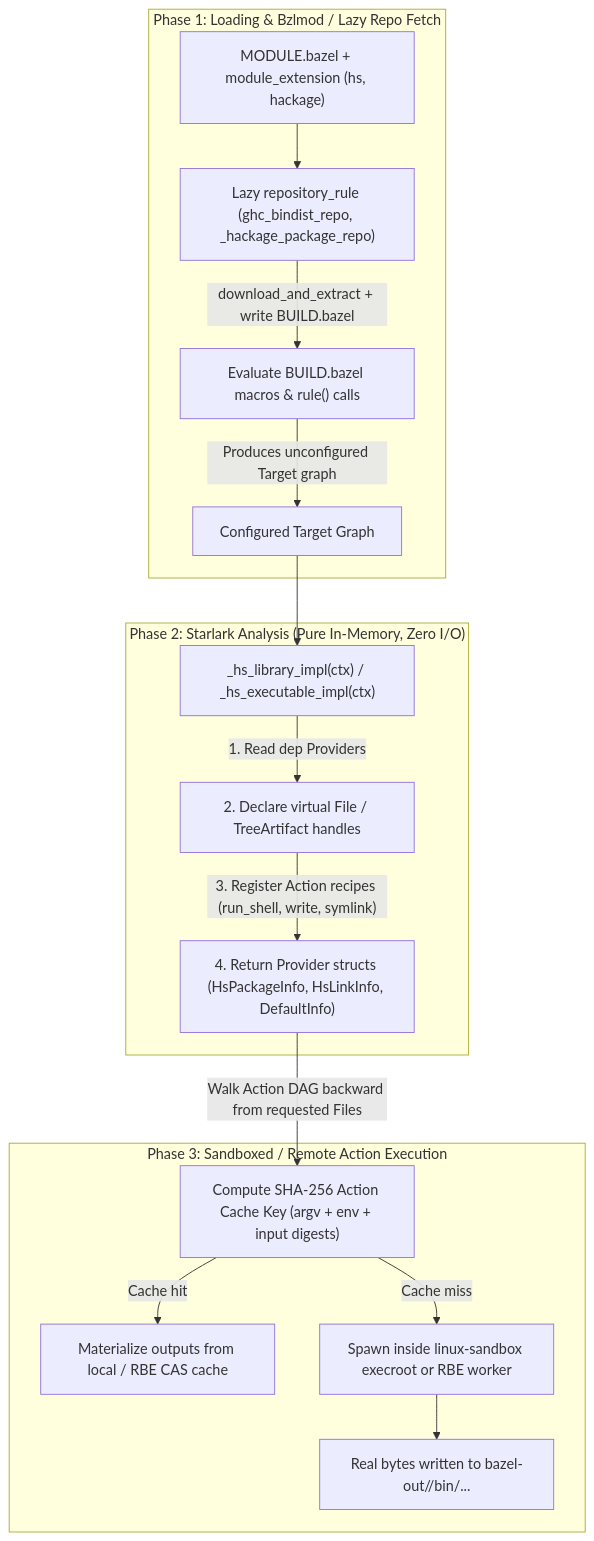
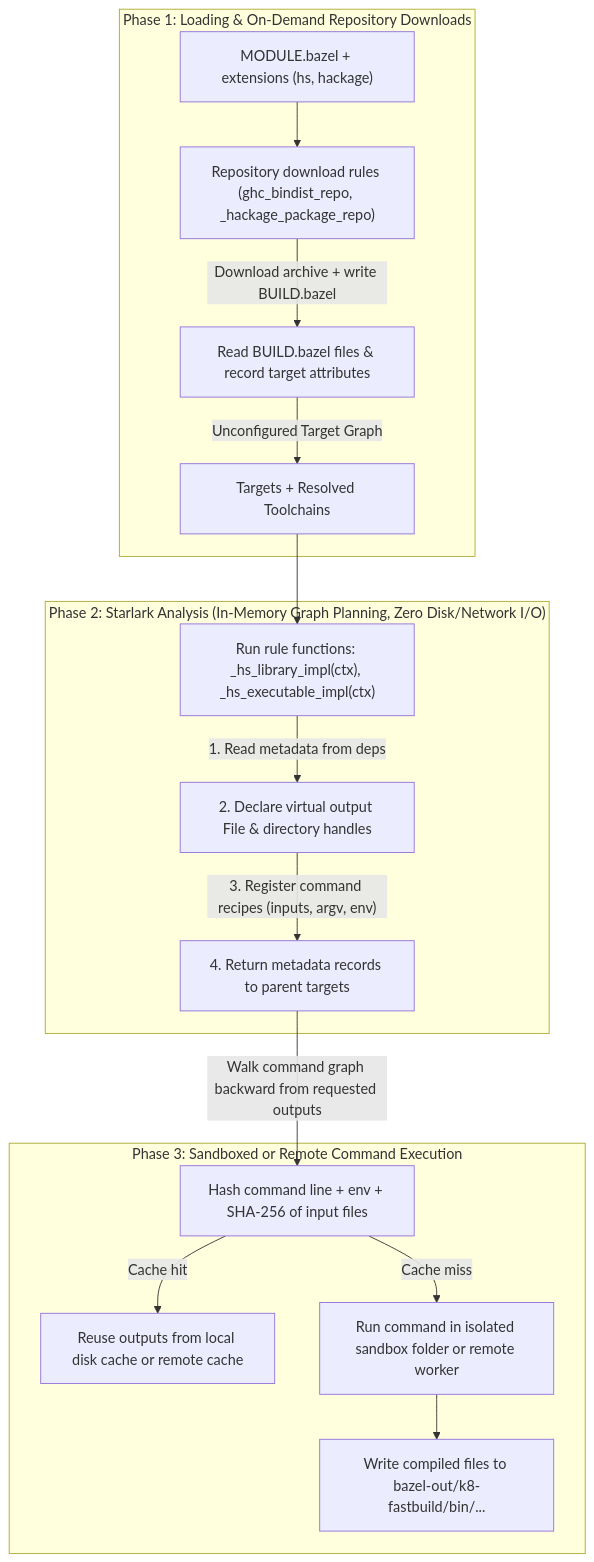
One commit to kaycebasques/hs changed the first of 4 diagrams in docs/content/internals/bazel-rules-primer.md. Above: the diagram before and after it, drawn with Mermaid. The commit also changed other lines of this file and 3 other files, not shown here.

````diff
--- a/docs/content/internals/bazel-rules-primer.md
+++ b/docs/content/internals/bazel-rules-primer.md
@@ -104,21 +108,21 @@
 ```mermaid
 flowchart TD
-    subgraph P1["Phase 1: Loading & Bzlmod / Lazy Repo Fetch"]
-        M["MODULE.bazel + module_extension (hs, hackage)"] --> R["Lazy repository_rule (ghc_bindist_repo, _hackage_package_repo)"]
-        R -->|"download_and_extract + write BUILD.bazel"| B["Evaluate BUILD.bazel macros & rule() calls"]
-        B -->|"Produces unconfigured Target graph"| P2_IN["Configured Target Graph"]
+    subgraph P1["Phase 1: Loading & On-Demand Repository Downloads"]
+        M["MODULE.bazel + extensions (hs, hackage)"] --> R["Repository download rules (ghc_bindist_repo, _hackage_package_repo)"]
+        R -->|"Download archive + write BUILD.bazel"| B["Read BUILD.bazel files & record target attributes"]
+        B -->|"Unconfigured Target Graph"| P2_IN["Targets + Resolved Toolchains"]
     end
 
-    subgraph P2["Phase 2: Starlark Analysis (Pure In-Memory, Zero I/O)"]
-        P2_IN --> IMPL["_hs_library_impl(ctx) / _hs_executable_impl(ctx)"]
-        IMPL -->|"1. Read dep Providers"| DECL["2. Declare virtual File / TreeArtifact handles"]
-        DECL -->|"3. Register Action recipes (run_shell, write, symlink)"| PROV["4. Return Provider structs (HsPackageInfo, HsLinkInfo, DefaultInfo)"]
+    subgraph P2["Phase 2: Starlark Analysis (In-Memory Graph Planning, Zero Disk/Network I/O)"]
+        P2_IN --> IMPL["Run rule functions: _hs_library_impl(ctx), _hs_executable_impl(ctx)"]
+        IMPL -->|"1. Read metadata from deps"| DECL["2. Declare virtual output File & directory handles"]
+        DECL -->|"3. Register command recipes (inputs, argv, env)"| PROV["4. Return metadata records to parent targets"]
     end
 
-    subgraph P3["Phase 3: Sandboxed / Remote Action Execution"]
-        PROV -->|"Walk Action DAG backward from requested Files"| HASH["Compute SHA-256 Action Cache Key (argv + env + input digests)"]
-        HASH -->|"Cache hit"| HIT["Materialize outputs from local / RBE CAS cache"]
-        HASH -->|"Cache miss"| EXEC["Spawn inside linux-sandbox execroot or RBE worker"]
-        EXEC --> OUT["Real bytes written to bazel-out/<cfg>/bin/..."]
+    subgraph P3["Phase 3: Sandboxed or Remote Command Execution"]
+        PROV -->|"Walk command graph backward from requested outputs"| HASH["Hash command line + env + SHA-256 of input files"]
+        HASH -->|"Cache hit"| HIT["Reuse outputs from local disk cache or remote cache"]
+        HASH -->|"Cache miss"| EXEC["Run command in isolated sandbox folder or remote worker"]
+        EXEC --> OUT["Write compiled files to bazel-out/k8-fastbuild/bin/..."]
     end
 ```
````
